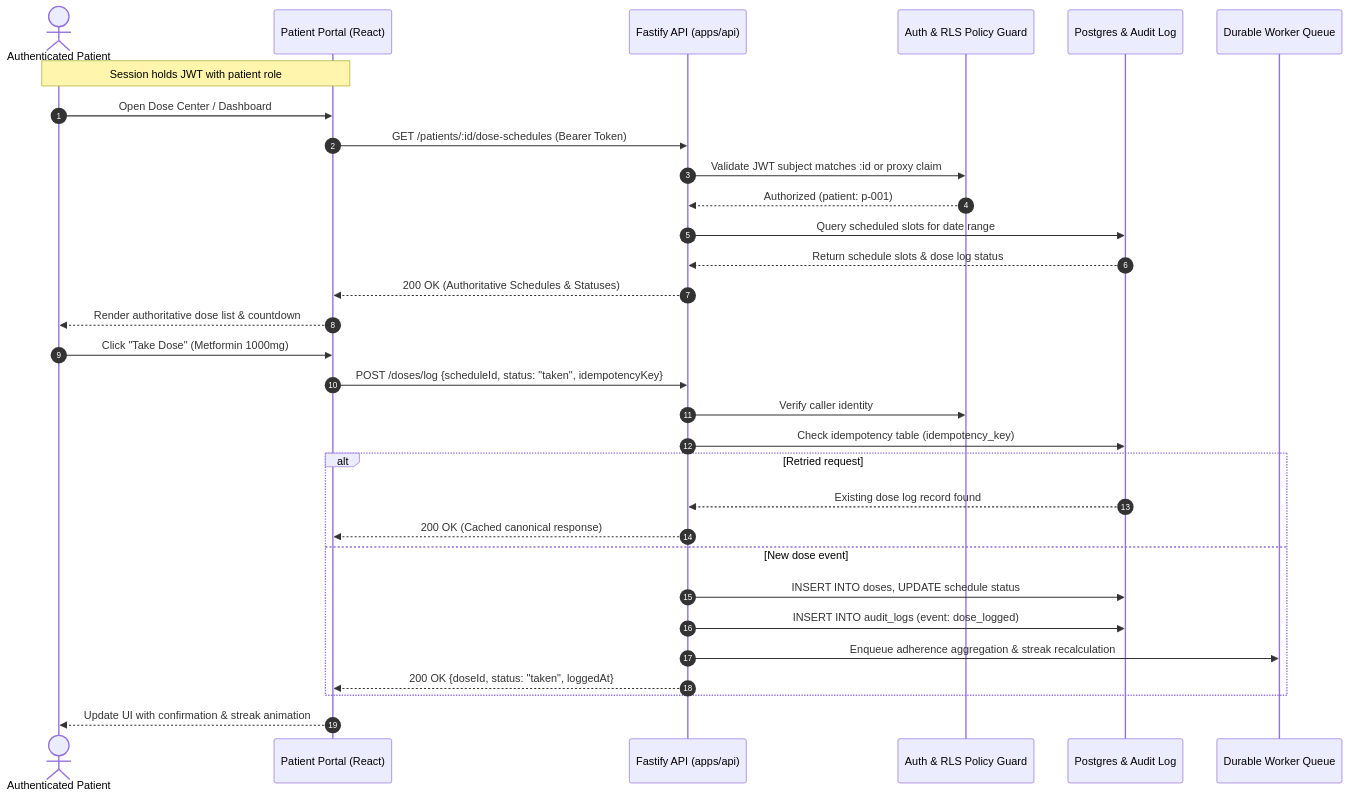
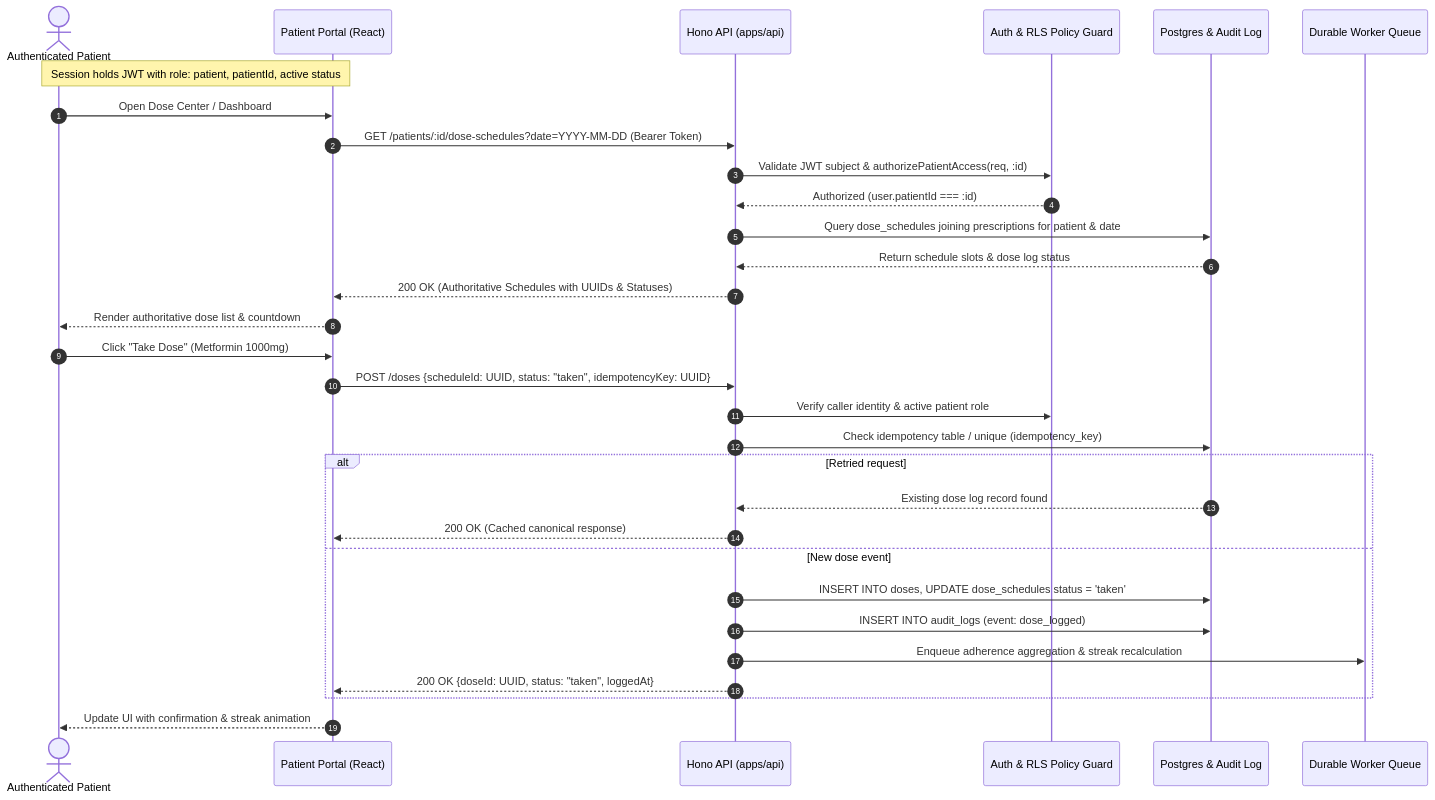
Before and after one commit to JeyaShankar257/meg_RAG_From_figma: the diagram in openspec/changes/migrate-patient-portal-backend/design.md, drawn with Mermaid. The commit also changed other lines of this file and 40 other files, not shown here.

````diff
--- a/openspec/changes/migrate-patient-portal-backend/design.md
+++ b/openspec/changes/migrate-patient-portal-backend/design.md
@@ -7,35 +9,35 @@
 ```mermaid
 sequenceDiagram
     autonumber
     actor Patient as Authenticated Patient
     participant Frontend as Patient Portal (React)
-    participant API as Fastify API (apps/api)
+    participant API as Hono API (apps/api)
     participant Auth as Auth & RLS Policy Guard
     participant DB as Postgres & Audit Log
     participant Worker as Durable Worker Queue
 
-    Note over Patient,Frontend: Session holds JWT with patient role
+    Note over Patient,Frontend: Session holds JWT with role: patient, patientId, active status
     Patient->>Frontend: Open Dose Center / Dashboard
-    Frontend->>API: GET /patients/:id/dose-schedules (Bearer Token)
-    API->>Auth: Validate JWT subject matches :id or proxy claim
-    Auth-->>API: Authorized (patient: p-001)
-    API->>DB: Query scheduled slots for date range
+    Frontend->>API: GET /patients/:id/dose-schedules?date=YYYY-MM-DD (Bearer Token)
+    API->>Auth: Validate JWT subject & authorizePatientAccess(req, :id)
+    Auth-->>API: Authorized (user.patientId === :id)
+    API->>DB: Query dose_schedules joining prescriptions for patient & date
     DB-->>API: Return schedule slots & dose log status
-    API-->>Frontend: 200 OK (Authoritative Schedules & Statuses)
+    API-->>Frontend: 200 OK (Authoritative Schedules with UUIDs & Statuses)
     Frontend-->>Patient: Render authoritative dose list & countdown
 
     Patient->>Frontend: Click "Take Dose" (Metformin 1000mg)
-    Frontend->>API: POST /doses/log {scheduleId, status: "taken", idempotencyKey}
-    API->>Auth: Verify caller identity
-    API->>DB: Check idempotency table (idempotency_key)
+    Frontend->>API: POST /doses {scheduleId: UUID, status: "taken", idempotencyKey: UUID}
+    API->>Auth: Verify caller identity & active patient role
+    API->>DB: Check idempotency table / unique (idempotency_key)
     alt Retried request
         DB-->>API: Existing dose log record found
         API-->>Frontend: 200 OK (Cached canonical response)
     else New dose event
-        API->>DB: INSERT INTO doses, UPDATE schedule status
+        API->>DB: INSERT INTO doses, UPDATE dose_schedules status = 'taken'
         API->>DB: INSERT INTO audit_logs (event: dose_logged)
         API->>Worker: Enqueue adherence aggregation & streak recalculation
-        API-->>Frontend: 200 OK {doseId, status: "taken", loggedAt}
+        API-->>Frontend: 200 OK {doseId: UUID, status: "taken", loggedAt}
     end
     Frontend-->>Patient: Update UI with confirmation & streak animation
 ```
````
